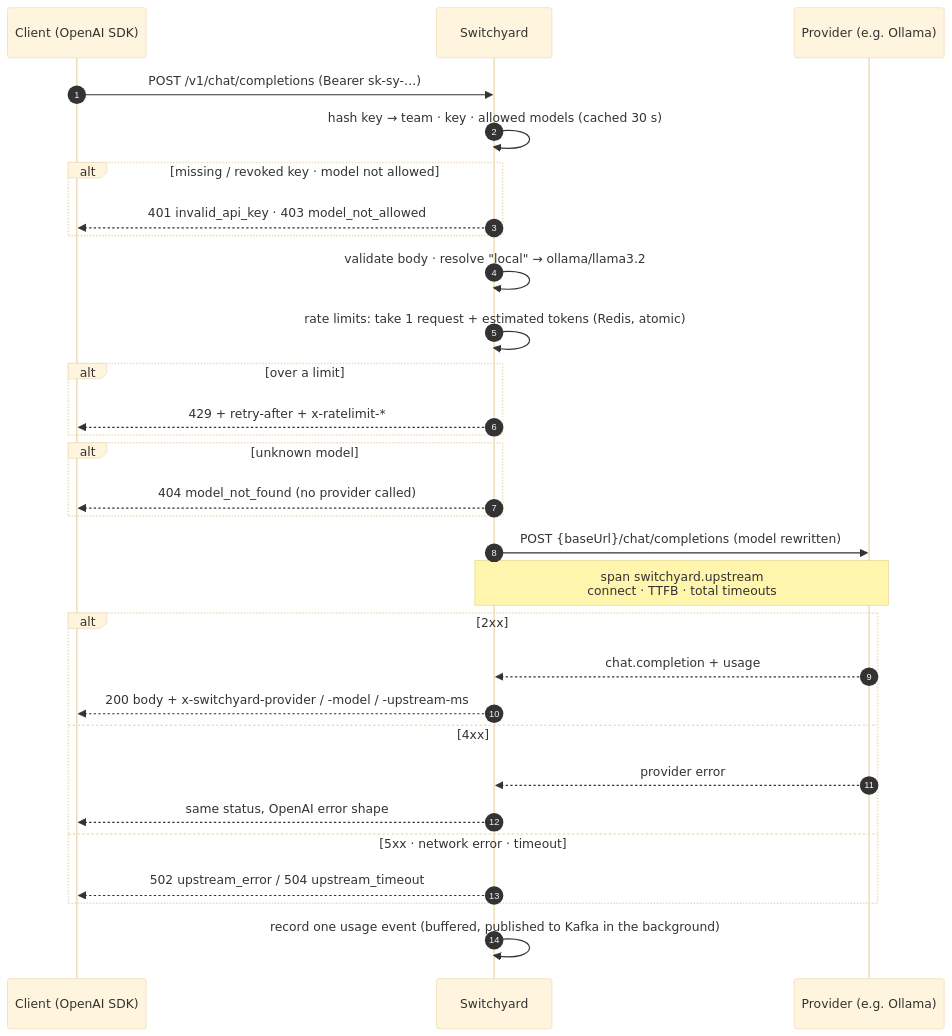
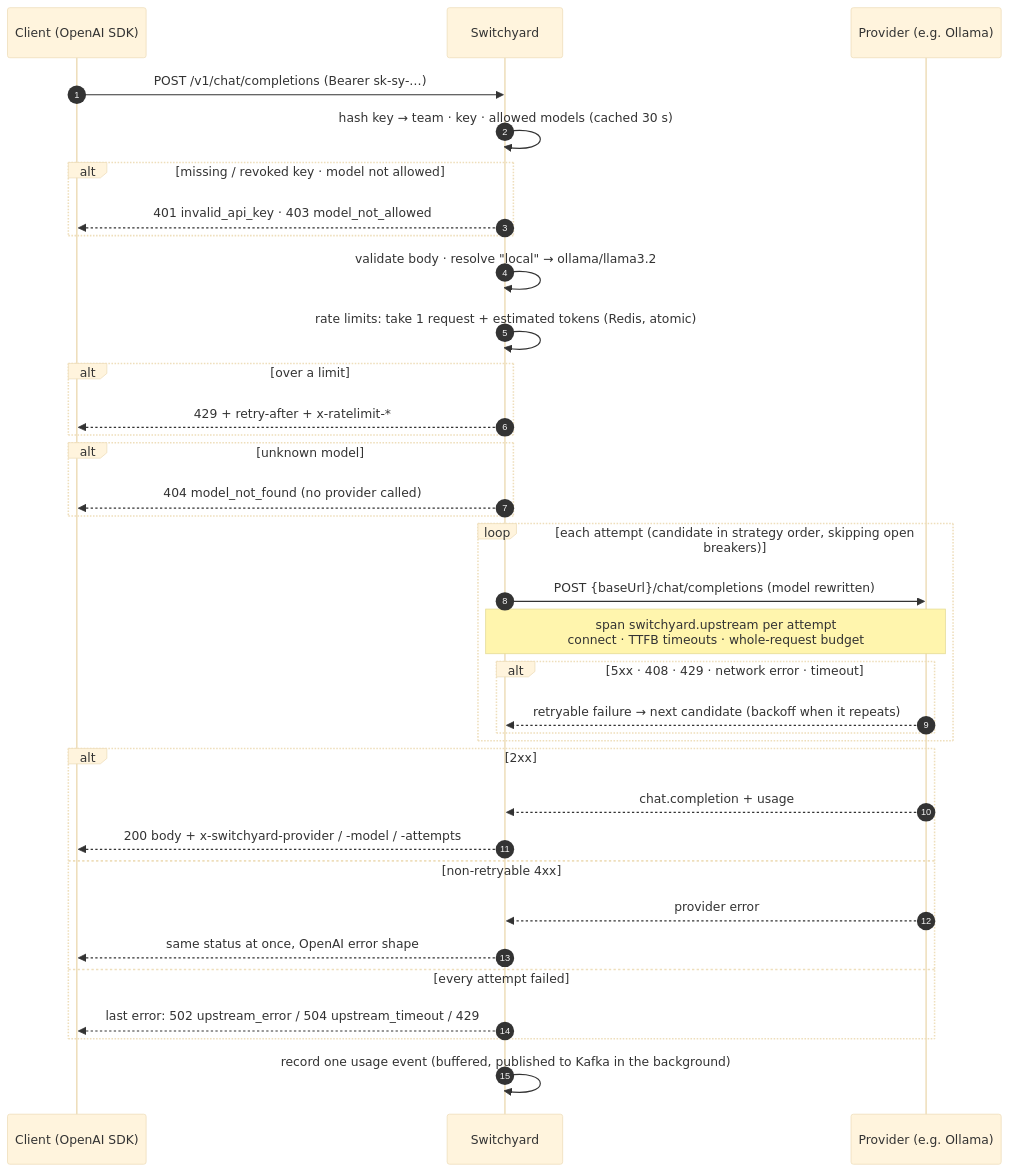
Before and after one commit to thisanches07/switchyard: the second of 7 diagrams in README.md, drawn with Mermaid (base theme). The commit also changed other lines of this file and 4 other files, not shown here.

Commit message:
docs(routing): README, architecture, threat model and verification for spec 008 [spec-008]

````diff
--- a/README.md
+++ b/README.md
@@ -258,33 +258,38 @@
 ```mermaid
 sequenceDiagram
   autonumber
   participant C as Client (OpenAI SDK)
   participant G as Switchyard
   participant P as Provider (e.g. Ollama)
 
   C->>G: POST /v1/chat/completions (Bearer sk-sy-…)
   G->>G: hash key → team · key · allowed models (cached 30 s)
   alt missing / revoked key · model not allowed
     G-->>C: 401 invalid_api_key · 403 model_not_allowed
   end
   G->>G: validate body · resolve "local" → ollama/llama3.2
   G->>G: rate limits: take 1 request + estimated tokens (Redis, atomic)
   alt over a limit
     G-->>C: 429 + retry-after + x-ratelimit-*
   end
   alt unknown model
     G-->>C: 404 model_not_found (no provider called)
   end
-  G->>P: POST {baseUrl}/chat/completions (model rewritten)
-  Note over G,P: span switchyard.upstream<br/>connect · TTFB · total timeouts
+  loop each attempt (candidate in strategy order, skipping open breakers)
+    G->>P: POST {baseUrl}/chat/completions (model rewritten)
+    Note over G,P: span switchyard.upstream per attempt<br/>connect · TTFB timeouts · whole-request budget
+    alt 5xx · 408 · 429 · network error · timeout
+      P-->>G: retryable failure → next candidate (backoff when it repeats)
+    end
+  end
   alt 2xx
     P-->>G: chat.completion + usage
-    G-->>C: 200 body + x-switchyard-provider / -model / -upstream-ms
-  else 4xx
+    G-->>C: 200 body + x-switchyard-provider / -model / -attempts
+  else non-retryable 4xx
     P-->>G: provider error
-    G-->>C: same status, OpenAI error shape
-  else 5xx · network error · timeout
-    G-->>C: 502 upstream_error / 504 upstream_timeout
+    G-->>C: same status at once, OpenAI error shape
+  else every attempt failed
+    G-->>C: last error: 502 upstream_error / 504 upstream_timeout / 429
   end
   G->>G: record one usage event (buffered, published to Kafka in the background)
 ```
````
